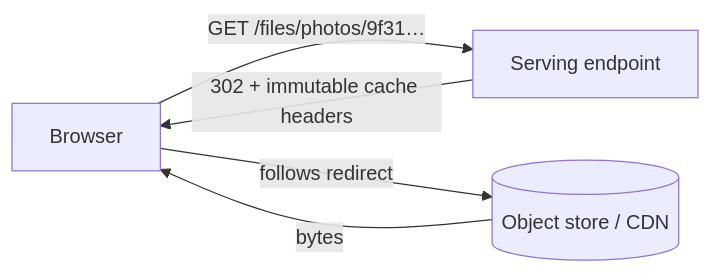
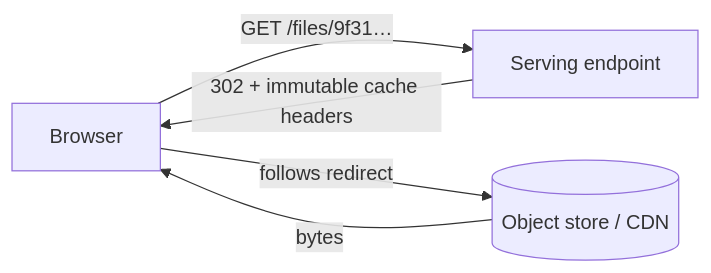
Before and after one commit to garden-co/jazz: the third of 3 diagrams in docs/superpowers/specs/2026-07-09-files-design-explained.md, drawn with Mermaid. The commit also changed other lines of this file and 1 other file, not shown here.

````diff
--- a/docs/superpowers/specs/2026-07-09-files-design-explained.md
+++ b/docs/superpowers/specs/2026-07-09-files-design-explained.md
@@ -235,7 +249,7 @@
 ```mermaid
 flowchart LR
-    B[Browser] -- "GET /files/photos/9f31…" --> E[Serving endpoint]
+    B[Browser] -- "GET /files/9f31…" --> E[Serving endpoint]
     E -- "302 + immutable cache headers" --> B
     B -- follows redirect --> O[(Object store / CDN)]
     O -- bytes --> B
 ```
````
